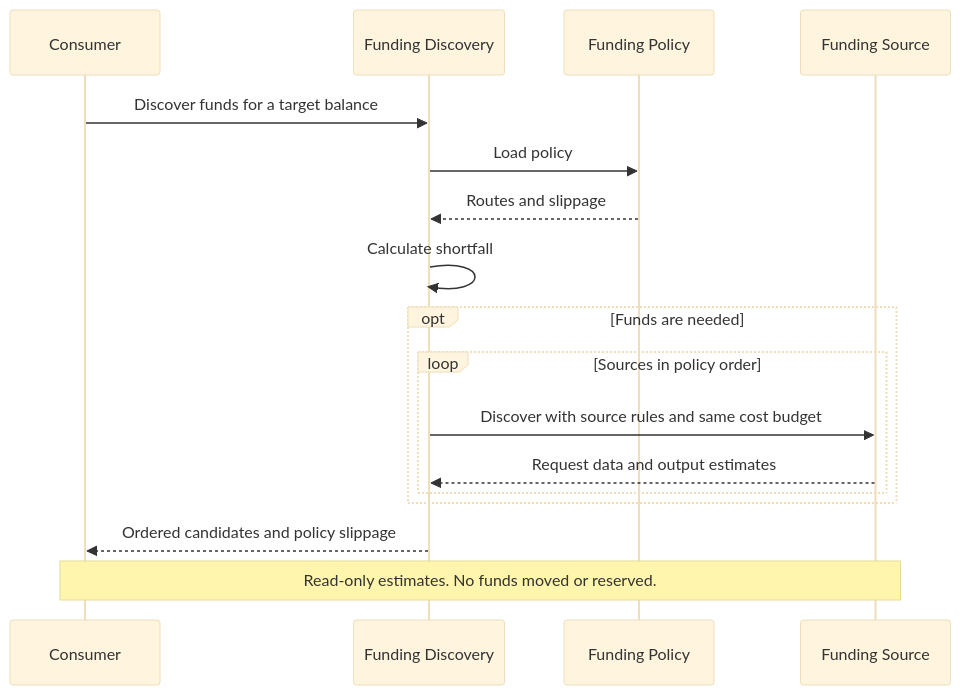
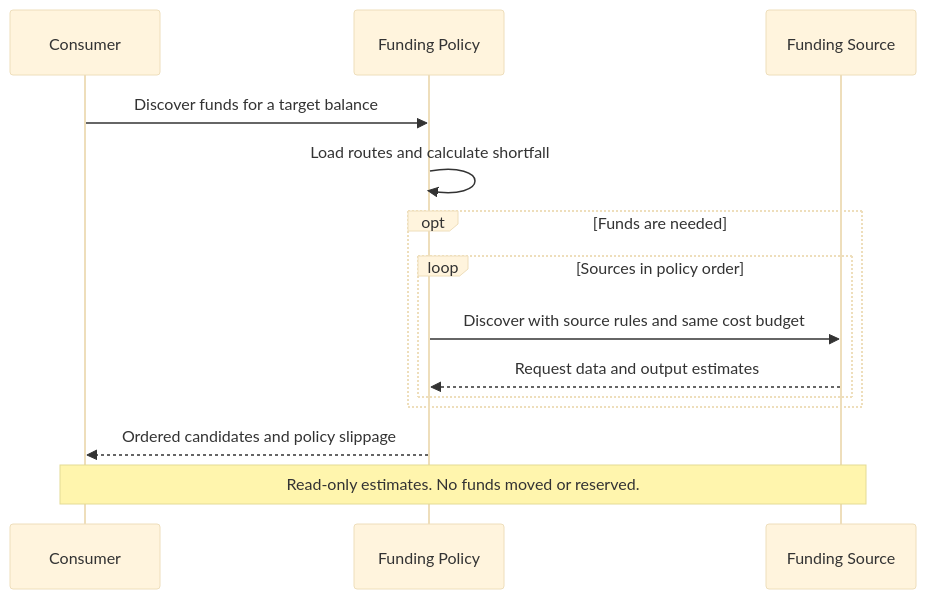
Before and after one commit to tempoxyz/tempo: the third of 3 diagrams in tips/tip-1120.md, drawn with Mermaid (base theme). The commit also changed other lines of this file, not shown here.

Commit message:
docs: restore discovery on funding policy precompile

````diff
--- a/tips/tip-1120.md
+++ b/tips/tip-1120.md
@@ -799,20 +814,17 @@
 ```mermaid
 sequenceDiagram
     participant C as Consumer
-    participant D as Funding Discovery
     participant P as Funding Policy
     participant F as Funding Source
 
-    C->>D: Discover funds for a target balance
-    D->>P: Load policy
-    P-->>D: Routes and slippage
-    D->>D: Calculate shortfall
+    C->>P: Discover funds for a target balance
+    P->>P: Load routes and calculate shortfall
     opt Funds are needed
         loop Sources in policy order
-            D->>F: Discover with source rules and same cost budget
-            F-->>D: Request data and output estimates
+            P->>F: Discover with source rules and same cost budget
+            F-->>P: Request data and output estimates
         end
     end
-    D-->>C: Ordered candidates and policy slippage
+    P-->>C: Ordered candidates and policy slippage
     Note over C,F: Read-only estimates. No funds moved or reserved.
 ```
````
